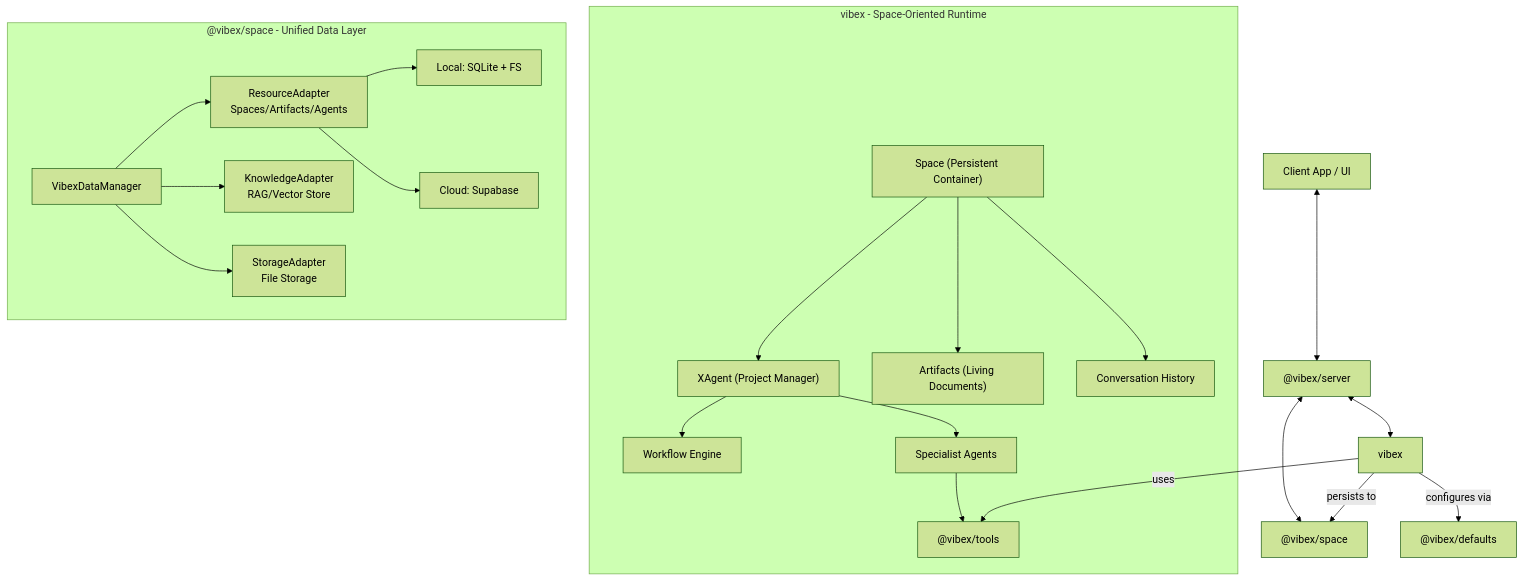
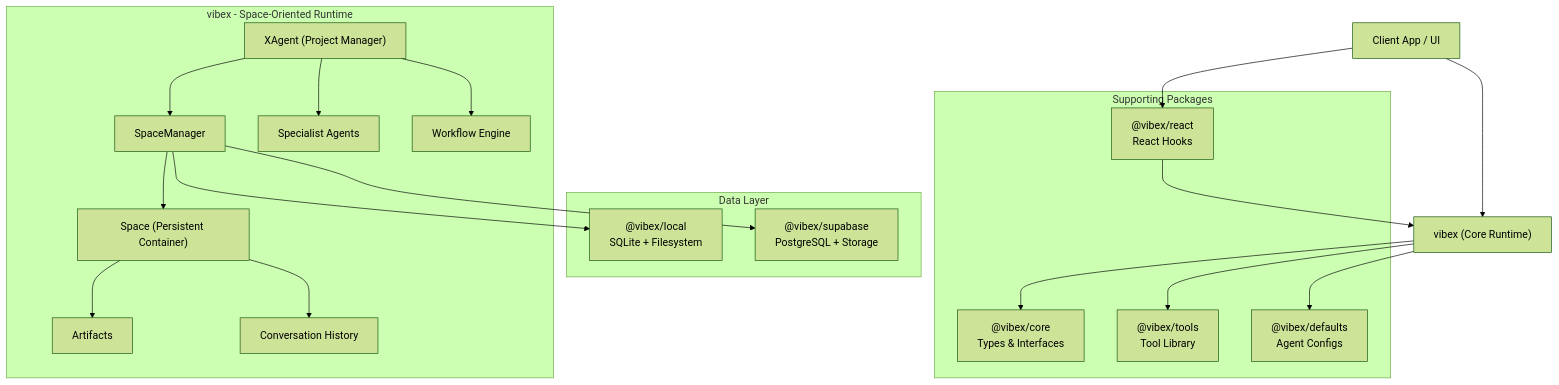
Before and after one commit to tiwater/vibex: the first of 2 diagrams in docs/content/docs/design/architecture.mdx, drawn with Mermaid (forest theme). The commit also changed other lines of this file and 255 other files, not shown here.

````diff
--- a/docs/content/docs/design/architecture.mdx
+++ b/docs/content/docs/design/architecture.mdx
@@ -39,43 +39,39 @@
 ```mermaid
 graph TD
-    Client["Client App / UI"] <--> Server["@vibex/server"]
-    Server <--> Core["vibex"]
-    Server <--> Data["@vibex/space"]
-
-    subgraph CoreSub["vibex - Space-Oriented Runtime"]
+    Client["Client App / UI"] --> VibexCore["vibex (Core Runtime)"]
+    
+    subgraph CoreRuntime["vibex - Space-Oriented Runtime"]
+        XAgent["XAgent (Project Manager)"]
+        SpaceManager["SpaceManager"]
         Space["Space (Persistent Container)"]
-        XAgent["XAgent (Project Manager)"]
-        Artifacts["Artifacts (Living Documents)"]
-        History["Conversation History"]
+        Agents["Specialist Agents"]
         Workflow["Workflow Engine"]
-        Agent["Specialist Agents"]
-
-        Space --> XAgent
-        Space --> Artifacts
-        Space --> History
+        
+        XAgent --> SpaceManager
+        SpaceManager --> Space
+        XAgent --> Agents
         XAgent --> Workflow
-        XAgent --> Agent
-        Agent --> Tools["@vibex/tools"]
+        Space --> Artifacts["Artifacts"]
+        Space --> History["Conversation History"]
     end
-
-    subgraph DataSub["@vibex/space - Unified Data Layer"]
-        Manager["VibexDataManager"]
-        ResourceAdapter["ResourceAdapter<br/>Spaces/Artifacts/Agents"]
-        KnowledgeAdapter["KnowledgeAdapter<br/>RAG/Vector Store"]
-        StorageAdapter["StorageAdapter<br/>File Storage"]
-
-        Manager --> ResourceAdapter
-        Manager --> KnowledgeAdapter
-        Manager --> StorageAdapter
-
-        LocalData["Local: SQLite + FS"]
-        SupabaseData["Cloud: Supabase"]
-
-        ResourceAdapter --> LocalData
-        ResourceAdapter --> SupabaseData
+    
+    subgraph DataLayer["Data Layer"]
+        LocalAdapter["@vibex/local<br/>SQLite + Filesystem"]
+        SupabaseAdapter["@vibex/supabase<br/>PostgreSQL + Storage"]
     end
-
-    Core -->|persists to| Data
-    Core -->|uses| Tools
-    Core -->|configures via| Defaults["@vibex/defaults"]
+    
+    subgraph Support["Supporting Packages"]
+        Core["@vibex/core<br/>Types & Interfaces"]
+        Tools["@vibex/tools<br/>Tool Library"]
+        Defaults["@vibex/defaults<br/>Agent Configs"]
+        React["@vibex/react<br/>React Hooks"]
+    end
+    
+    SpaceManager --> LocalAdapter
+    SpaceManager --> SupabaseAdapter
+    VibexCore --> Core
+    VibexCore --> Tools
+    VibexCore --> Defaults
+    Client --> React
+    React --> VibexCore
 ```
````
